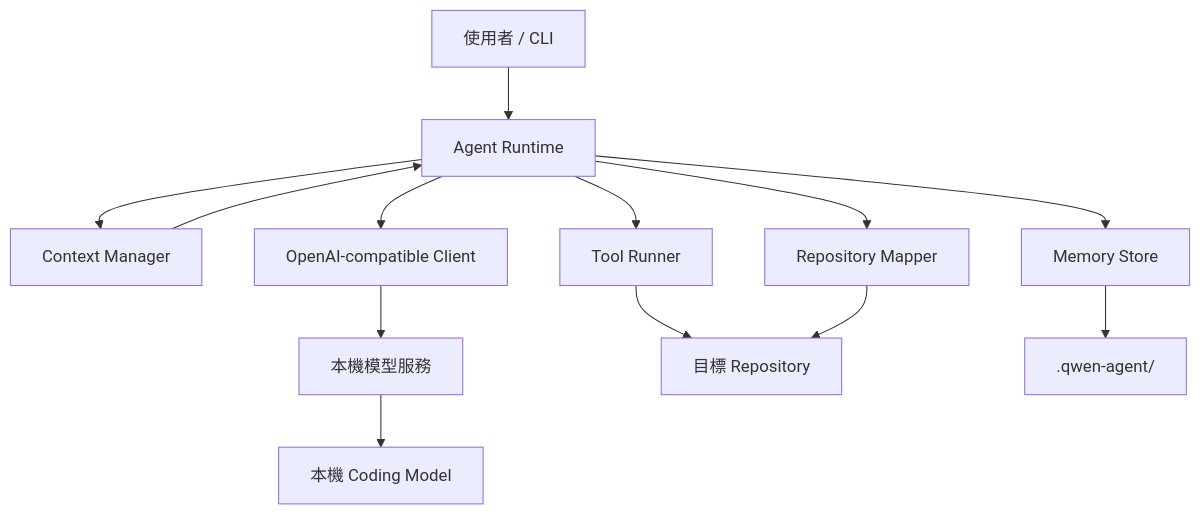
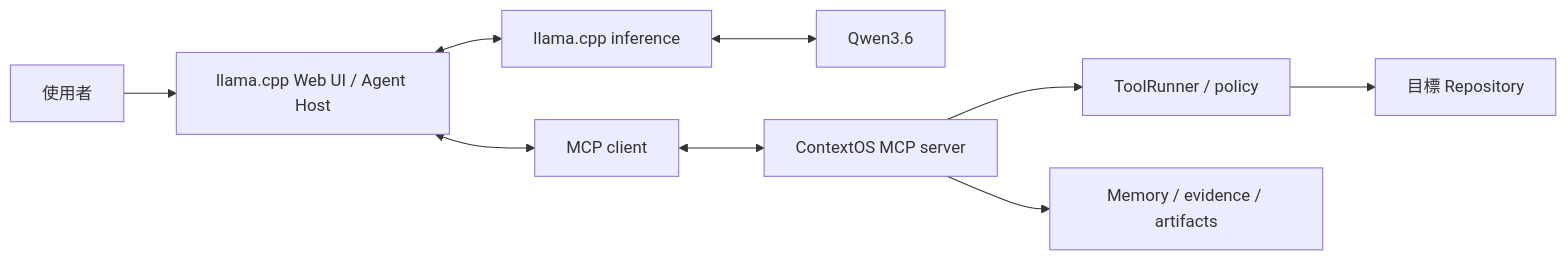
Before and after one commit to HayronHgh/context-os: the diagram in README.zh-TW.md, drawn with Mermaid. The commit also changed other lines of this file and 27 other files, not shown here.

Commit message:
feat(mcp): add Context OS capability server

````diff
--- a/README.zh-TW.md
+++ b/README.zh-TW.md
@@ -96,15 +100,11 @@
 ```mermaid
-flowchart TD
-    U["使用者 / CLI"] --> A["Agent Runtime"]
-    A --> C["Context Manager"]
-    A --> T["Tool Runner"]
-    A --> M["Memory Store"]
-    A --> R["Repository Mapper"]
-    A --> L["OpenAI-compatible Client"]
-    L --> S["本機模型服務"]
-    S --> Q["本機 Coding Model"]
+flowchart LR
+    U["使用者"] --> H["llama.cpp Web UI / Agent Host"]
+    H <--> L["llama.cpp inference"]
+    L <--> Q["Qwen3.6"]
+    H <--> C["MCP client"]
+    C <--> M["ContextOS MCP server"]
+    M --> T["ToolRunner / policy"]
+    M --> D["Memory / evidence / artifacts"]
     T --> P["目標 Repository"]
-    R --> P
-    M --> D[".qwen-agent/"]
-    C --> A
 ```
````
